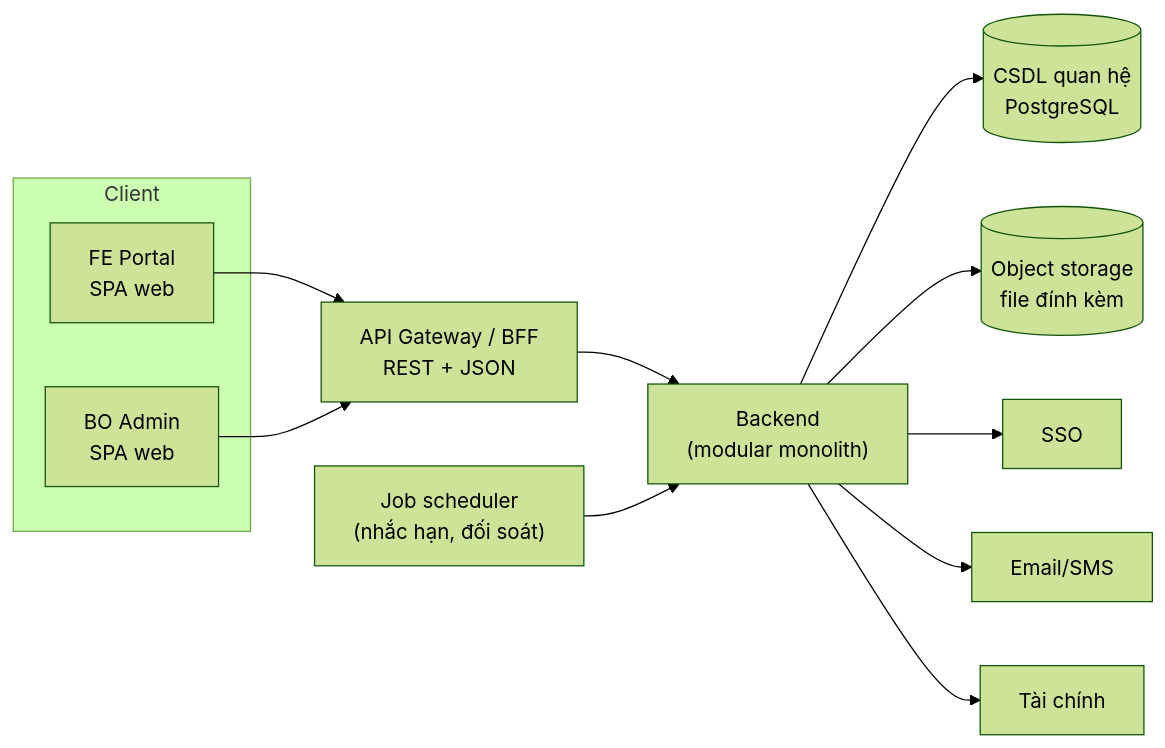
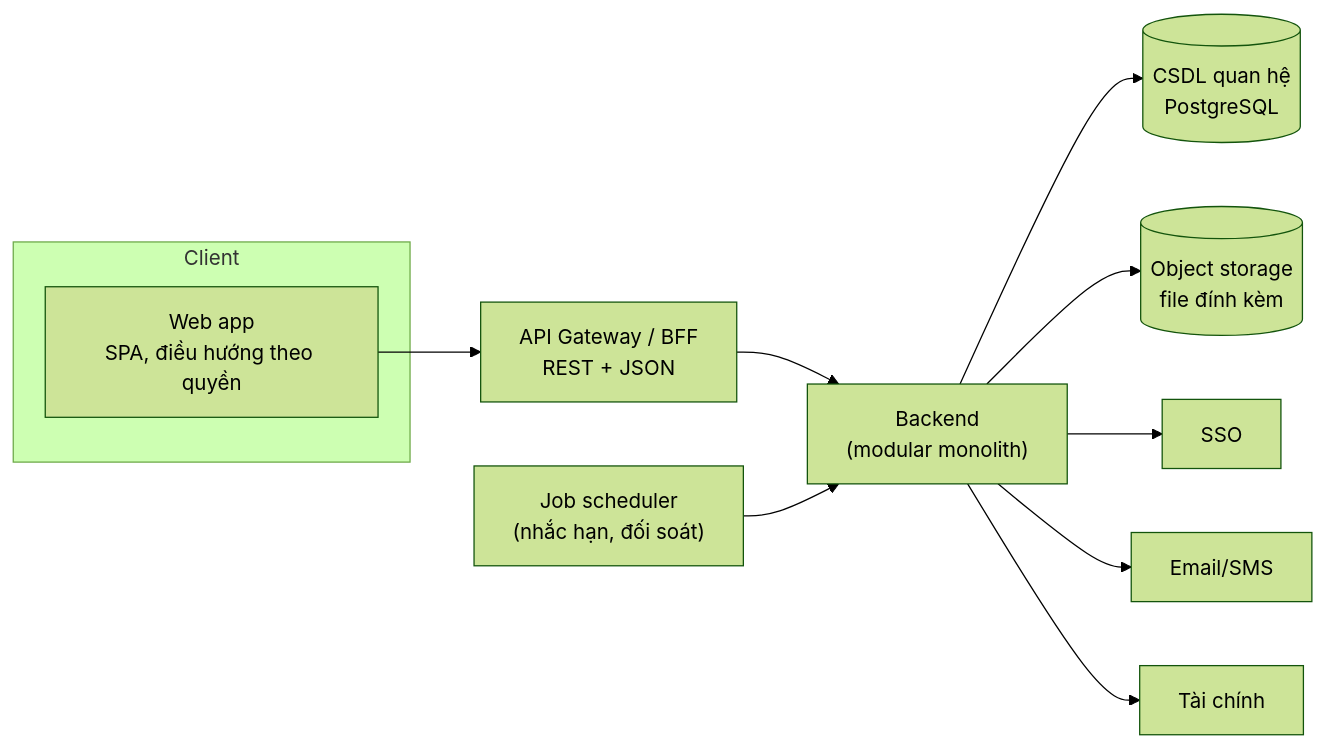
The second of 2 diagrams in docs/architecture/overview.md (PTZero2026/rms-docs), drawn with Mermaid (forest theme) before and after one commit. The commit also changed other lines of this file and 32 other files, not shown here.

````diff
--- a/docs/architecture/overview.md
+++ b/docs/architecture/overview.md
@@ -44,22 +43,20 @@
 ```mermaid
 flowchart LR
     subgraph Client
-        FE["FE Portal<br/>SPA web"]
-        BO["BO Admin<br/>SPA web"]
+        WEB["Web app<br/>SPA, điều hướng theo quyền"]
     end
     GW["API Gateway / BFF<br/>REST + JSON"]
     APP["Backend<br/>(modular monolith)"]
     DB[("CSDL quan hệ<br/>PostgreSQL")]
     OBJ[("Object storage<br/>file đính kèm")]
     JOB["Job scheduler<br/>(nhắc hạn, đối soát)"]
 
-    FE --> GW
-    BO --> GW
+    WEB --> GW
     GW --> APP
     APP --> DB
     APP --> OBJ
     JOB --> APP
     APP --> SSO["SSO"]
     APP --> MAIL["Email/SMS"]
     APP --> FIN["Tài chính"]
 ```
````
